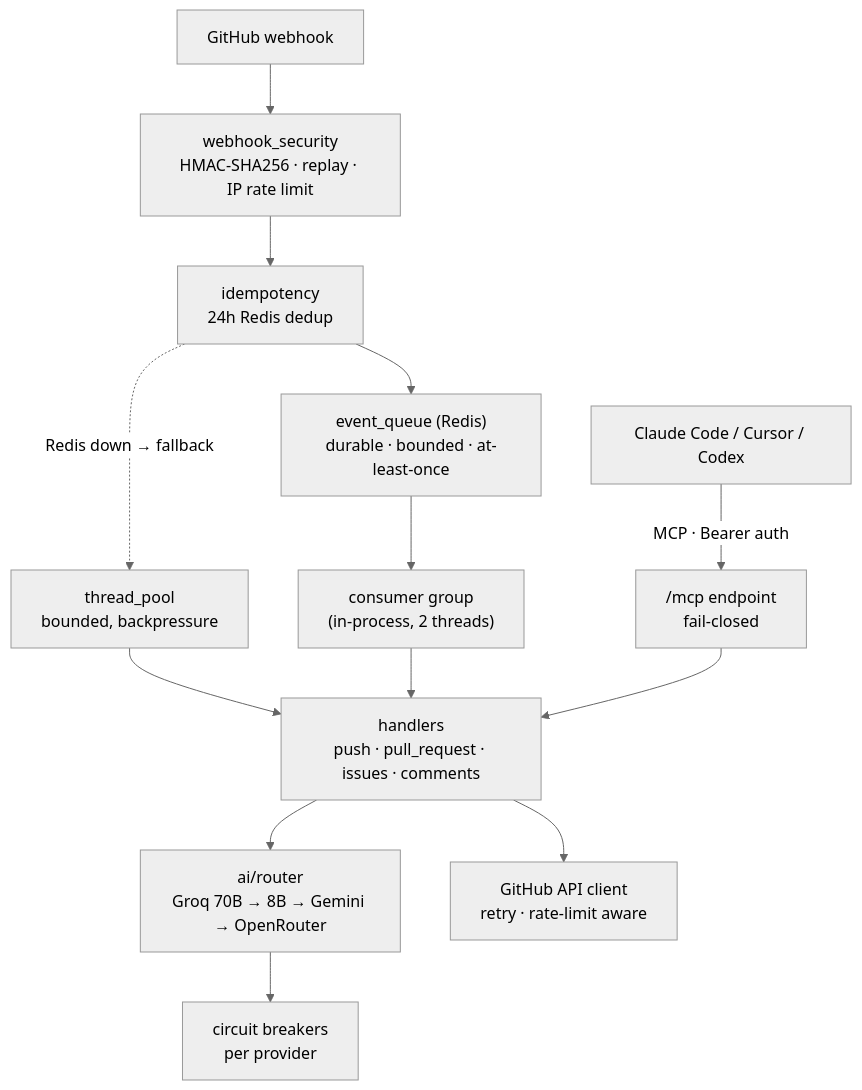
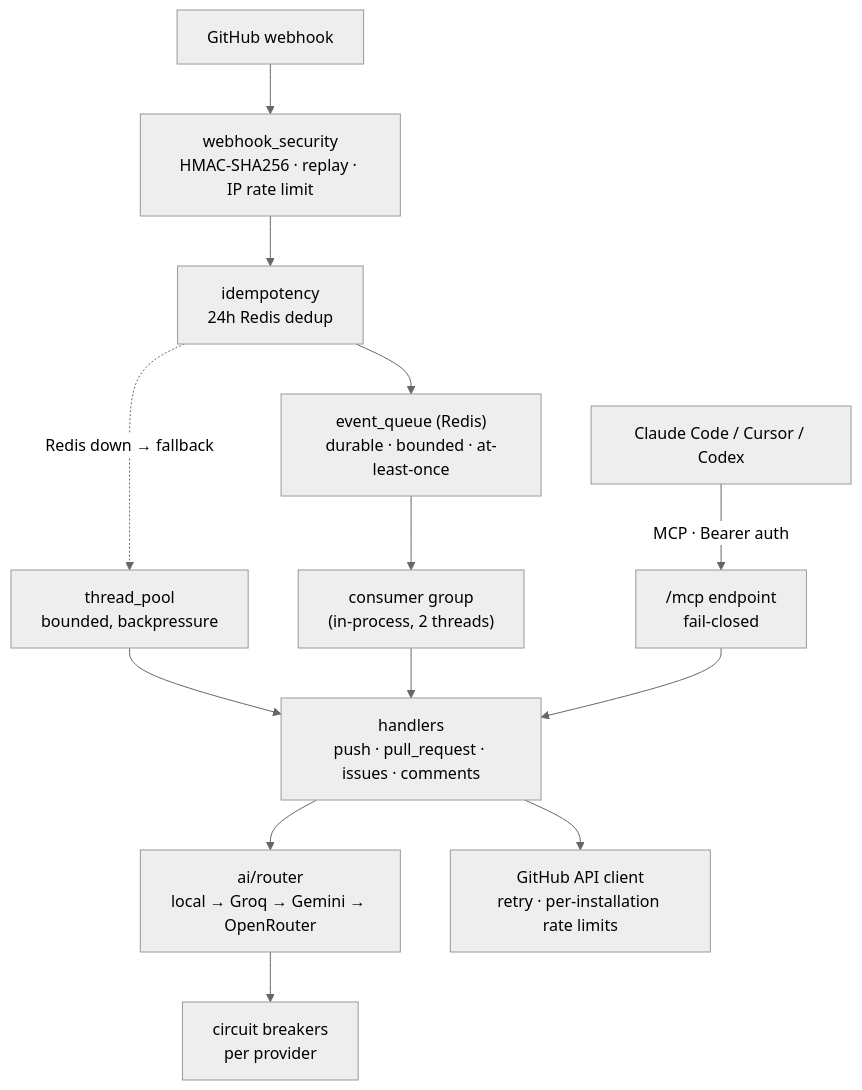
Before and after one commit to Shweta-Mishra-ai/github-autopilot: the first of 2 diagrams in README.md, drawn with Mermaid (neutral theme). The commit also changed other lines of this file, not shown here.

````diff
--- a/README.md
+++ b/README.md
@@ -198,15 +255,15 @@
 ```mermaid
 flowchart TB
     GH[GitHub webhook] --> SEC["webhook_security<br/>HMAC-SHA256 · replay · IP rate limit"]
     SEC --> IDEM["idempotency<br/>24h Redis dedup"]
     IDEM --> Q["event_queue (Redis)<br/>durable · bounded · at-least-once"]
     Q --> C["consumer group<br/>(in-process, 2 threads)"]
     IDEM -. "Redis down → fallback" .-> TP["thread_pool<br/>bounded, backpressure"]
     TP --> H
     C --> H["handlers<br/>push · pull_request · issues · comments"]
-    H --> R["ai/router<br/>Groq 70B → 8B → Gemini → OpenRouter"]
+    H --> R["ai/router<br/>local → Groq → Gemini → OpenRouter"]
     R --> CB["circuit breakers<br/>per provider"]
-    H --> GHA["GitHub API client<br/>retry · rate-limit aware"]
+    H --> GHA["GitHub API client<br/>retry · per-installation rate limits"]
     IDE["Claude Code / Cursor / Codex"] -->|"MCP · Bearer auth"| MCP["/mcp endpoint<br/>fail-closed"]
     MCP --> H
 ```
````
